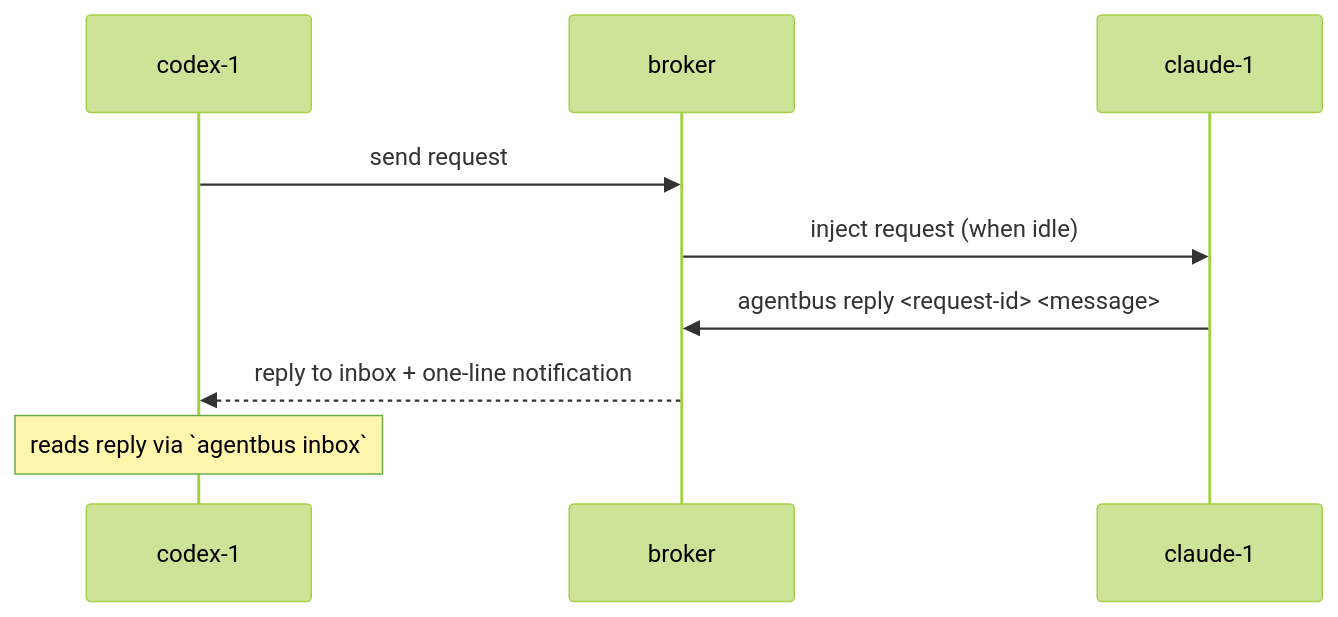
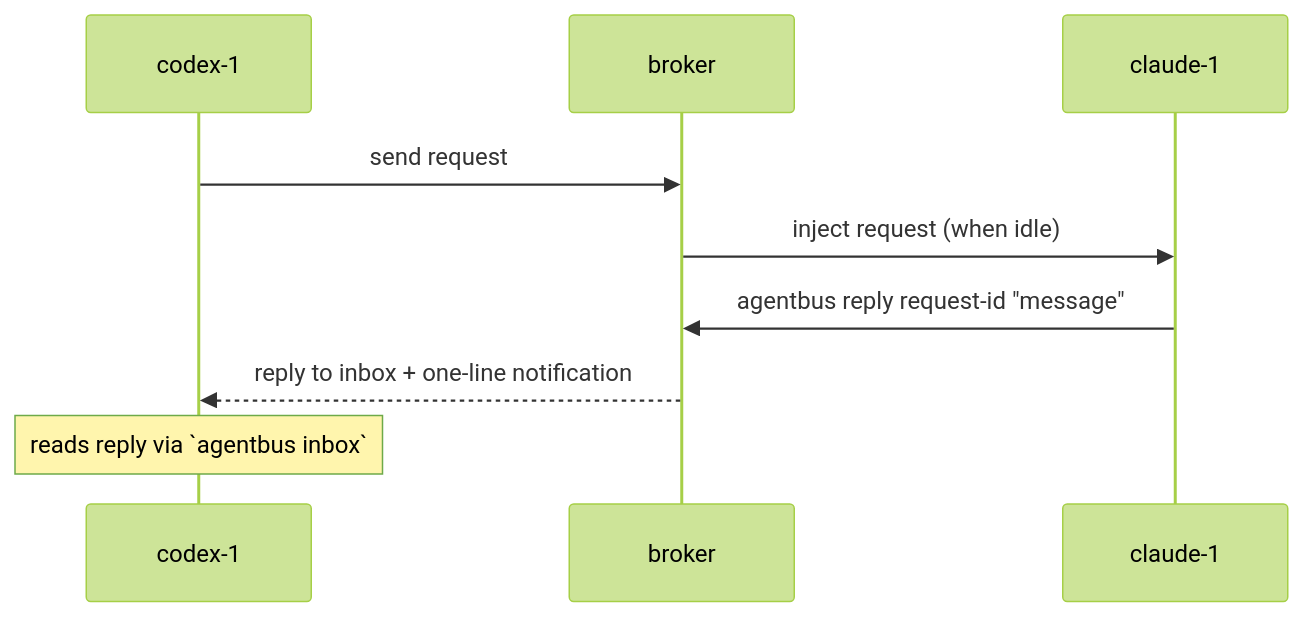
The second of 2 diagrams in README.md (tk-425/Agentbus), drawn with Mermaid (forest theme) before and after one commit. The commit also changed other lines of this file and 1 other file, not shown here.

````diff
--- a/README.md
+++ b/README.md
@@ -53,12 +53,12 @@
 ```mermaid
 sequenceDiagram
     participant C as codex-1
     participant B as broker
     participant K as claude-1
 
     C->>B: send request
     B->>K: inject request (when idle)
-    K->>B: agentbus reply <request-id> <message>
+    K->>B: agentbus reply request-id "message"
     B-->>C: reply to inbox + one-line notification
     Note over C: reads reply via `agentbus inbox`
 ```
````
